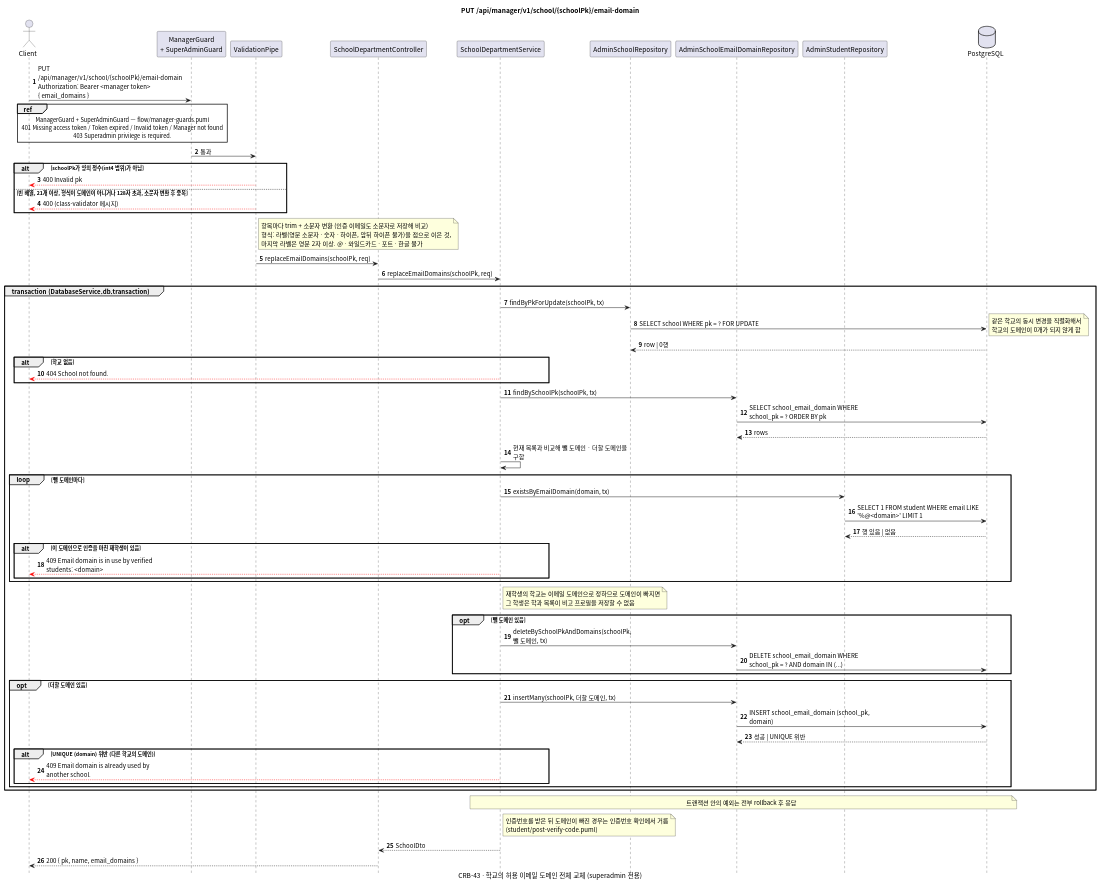
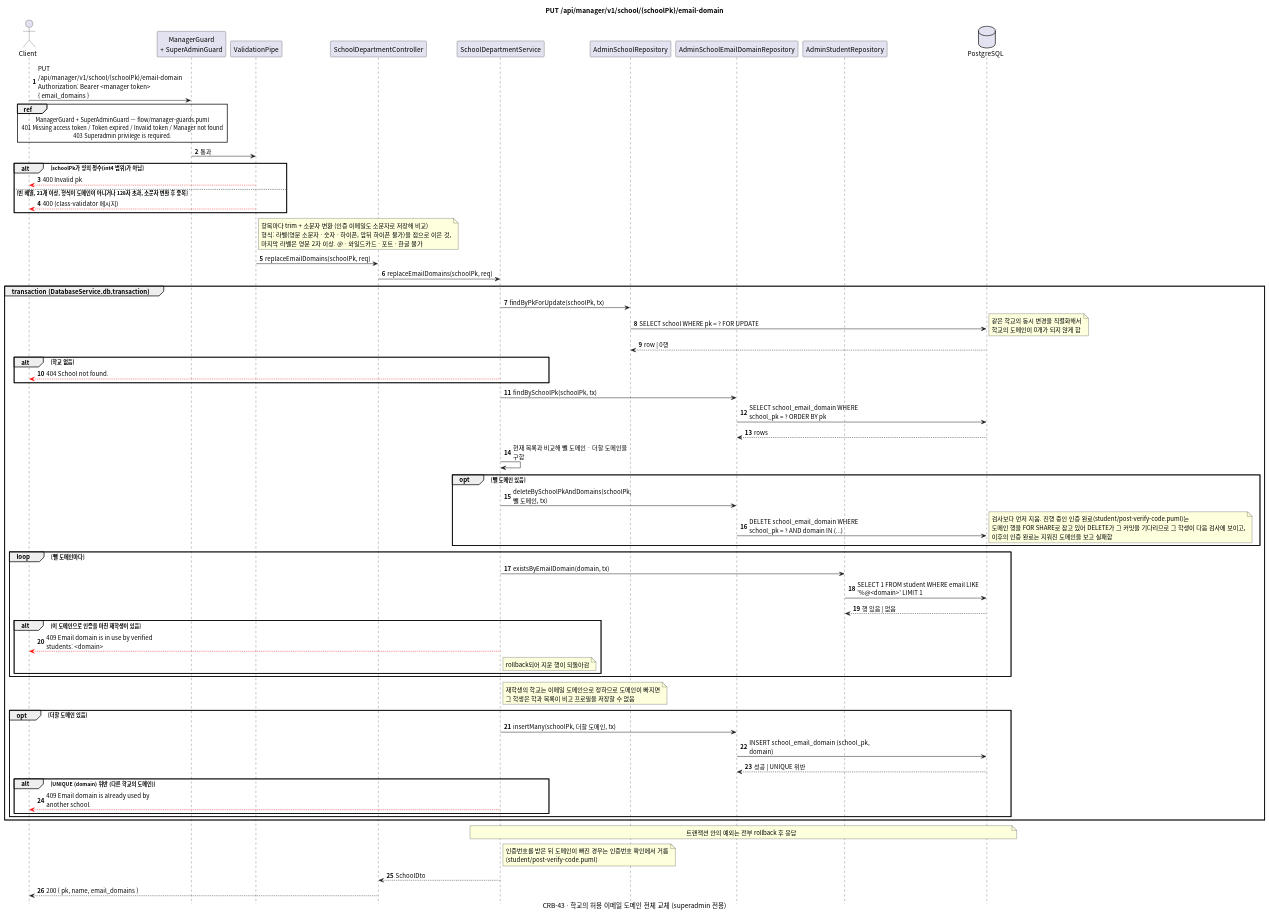
The diagram in docs/sequence/manager/put-school-pk-email-domain.puml (gsainfoteam/cheers-be), drawn with PlantUML before and after one commit. The commit also changed 14 other files, not shown here.

```diff
--- a/docs/sequence/manager/put-school-pk-email-domain.puml
+++ b/docs/sequence/manager/put-school-pk-email-domain.puml
@@ -1,89 +1,95 @@
 @startuml put-manager-school-pk-email-domain
 skinparam defaultFontName "Apple SD Gothic Neo", "Noto Sans CJK KR", sans-serif
 skinparam responseMessageBelowArrow true
 skinparam sequenceMessageAlign left
 skinparam maxMessageSize 260
 skinparam BoxPadding 8
 skinparam shadowing false
 autonumber
 hide footbox
 
 title PUT /api/manager/v1/school/{schoolPk}/email-domain
 caption CRB-43 · 학교의 허용 이메일 도메인 전체 교체 (superadmin 전용)
 
 actor Client
 participant "ManagerGuard\n+ SuperAdminGuard" as Guard
 participant "ValidationPipe" as Pipe
 participant "SchoolDepartmentController" as Controller
 participant "SchoolDepartmentService" as Service
 participant "AdminSchoolRepository" as SchoolRepository
 participant "AdminSchoolEmailDomainRepository" as DomainRepository
 participant "AdminStudentRepository" as StudentRepository
 database PostgreSQL
 
 Client -> Guard: PUT /api/manager/v1/school/{schoolPk}/email-domain\nAuthorization: Bearer <manager token>\n{ email_domains }
 ref over Client, Guard: ManagerGuard + SuperAdminGuard — flow/manager-guards.puml\n401 Missing access token / Token expired / Invalid token / Manager not found\n403 Superadmin privilege is required.
 Guard -> Pipe: 통과
 alt schoolPk가 양의 정수(int4 범위)가 아님
   Pipe -[#red]-> Client: 400 Invalid pk
 else 빈 배열, 21개 이상, 형식이 도메인이 아니거나 128자 초과, 소문자 변환 후 중복
   Pipe -[#red]-> Client: 400 (class-validator 메시지)
 end
 note right of Pipe
   항목마다 trim + 소문자 변환 (인증 이메일도 소문자로 저장해 비교)
   형식: 라벨(영문 소문자 · 숫자 · 하이픈, 앞뒤 하이픈 불가)을 점으로 이은 것,
   마지막 라벨은 영문 2자 이상. @ · 와일드카드 · 포트 · 한글 불가
 end note
 Pipe -> Controller: replaceEmailDomains(schoolPk, req)
 Controller -> Service: replaceEmailDomains(schoolPk, req)
 
 group transaction (DatabaseService.db.transaction)
   Service -> SchoolRepository: findByPkForUpdate(schoolPk, tx)
   SchoolRepository -> PostgreSQL: SELECT school WHERE pk = ? FOR UPDATE
   note right: 같은 학교의 동시 변경을 직렬화해서\n학교의 도메인이 0개가 되지 않게 함
   PostgreSQL --> SchoolRepository: row | 0행
   alt 학교 없음
     Service -[#red]-> Client: 404 School not found.
   end
 
   Service -> DomainRepository: findBySchoolPk(schoolPk, tx)
   DomainRepository -> PostgreSQL: SELECT school_email_domain WHERE school_pk = ? ORDER BY pk
   PostgreSQL --> DomainRepository: rows
   Service -> Service: 현재 목록과 비교해 뺄 도메인 · 더할 도메인을 구함
 
+  opt 뺄 도메인 있음
+    Service -> DomainRepository: deleteBySchoolPkAndDomains(schoolPk, 뺄 도메인, tx)
+    DomainRepository -> PostgreSQL: DELETE school_email_domain WHERE school_pk = ? AND domain IN (...)
+    note right
+      검사보다 먼저 지움. 진행 중인 인증 완료(student/post-verify-code.puml)는
+      도메인 행을 FOR SHARE로 잡고 있어 DELETE가 그 커밋을 기다리므로 그 학생이 다음 검사에 보이고,
+      이후의 인증 완료는 지워진 도메인을 보고 실패함
+    end note
+  end
   loop 뺄 도메인마다
     Service -> StudentRepository: existsByEmailDomain(domain, tx)
     StudentRepository -> PostgreSQL: SELECT 1 FROM student WHERE email LIKE '%@<domain>' LIMIT 1
     PostgreSQL --> StudentRepository: 행 있음 | 없음
     alt 이 도메인으로 인증을 마친 재학생이 있음
       Service -[#red]-> Client: 409 Email domain is in use by verified students: <domain>
+      note right of Service: rollback되어 지운 행이 되돌아감
     end
   end
   note right of Service
     재학생의 학교는 이메일 도메인으로 정하므로 도메인이 빠지면
     그 학생은 학과 목록이 비고 프로필을 저장할 수 없음
   end note
 
-  opt 뺄 도메인 있음
-    Service -> DomainRepository: deleteBySchoolPkAndDomains(schoolPk, 뺄 도메인, tx)
-    DomainRepository -> PostgreSQL: DELETE school_email_domain WHERE school_pk = ? AND domain IN (...)
-  end
   opt 더할 도메인 있음
     Service -> DomainRepository: insertMany(schoolPk, 더할 도메인, tx)
     DomainRepository -> PostgreSQL: INSERT school_email_domain (school_pk, domain)
     PostgreSQL --> DomainRepository: 성공 | UNIQUE 위반
     alt UNIQUE (domain) 위반 (다른 학교의 도메인)
       Service -[#red]-> Client: 409 Email domain is already used by another school.
     end
   end
 end
 note over Service, PostgreSQL: 트랜잭션 안의 예외는 전부 rollback 후 응답
 note right of Service
   인증번호를 받은 뒤 도메인이 빠진 경우는 인증번호 확인에서 거름
   (student/post-verify-code.puml)
 end note
 
 Service --> Controller: SchoolDto
 Controller --> Client: 200 { pk, name, email_domains }
 
 @enduml
```
